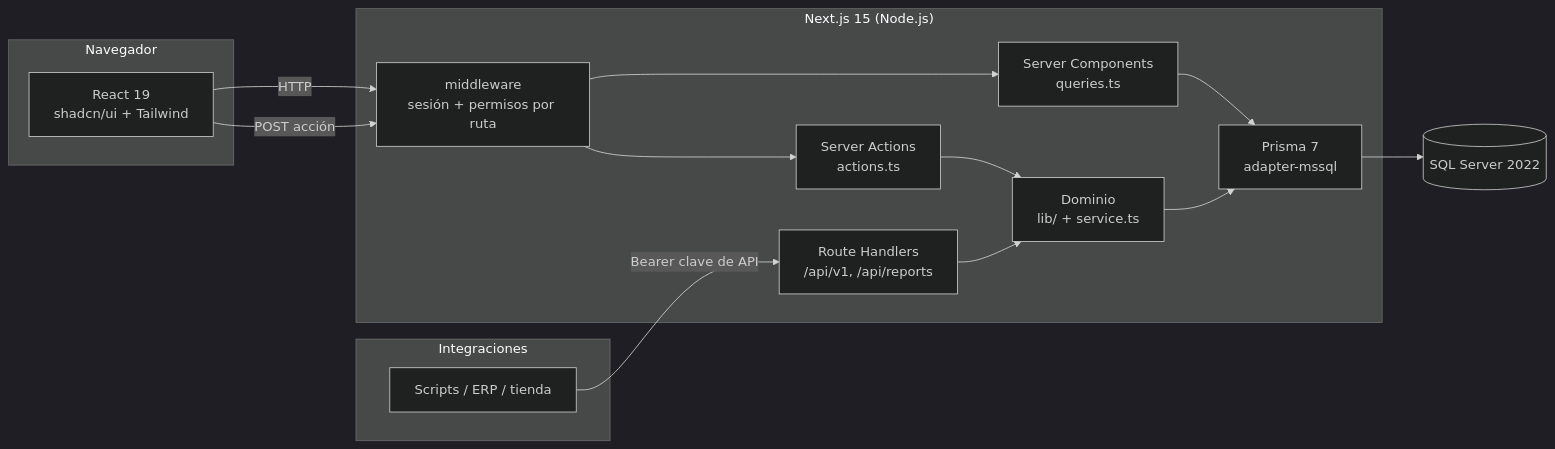
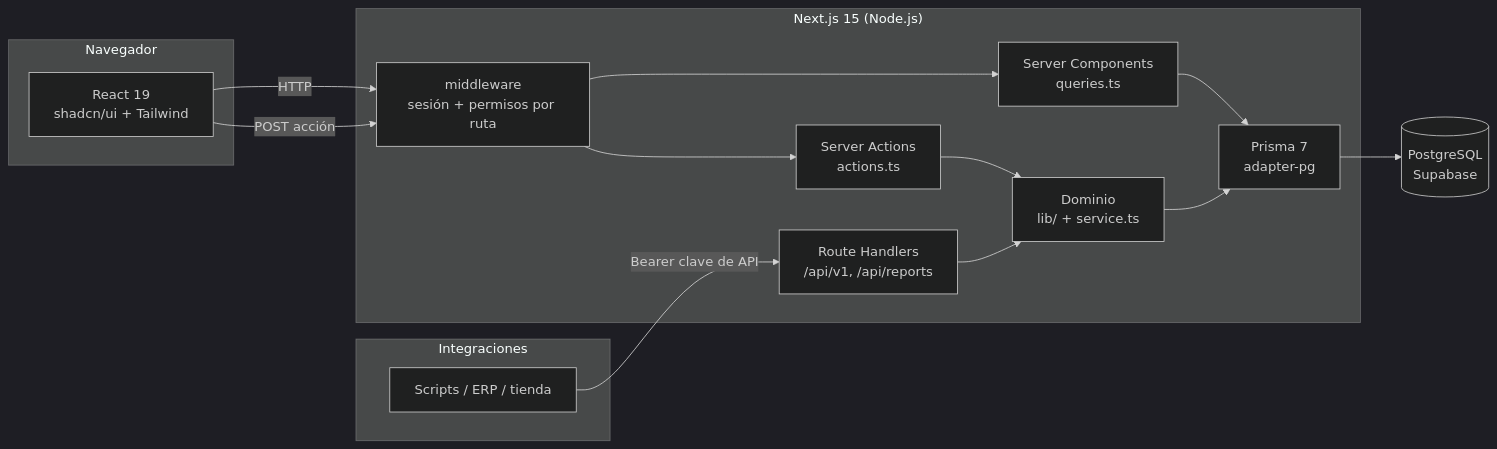
Before and after one commit to blowerlol355-blip/invetario-project-: the diagram in docs/ARCHITECTURE.md, drawn with Mermaid (dark theme). The commit also changed other lines of this file and 42 other files, not shown here.

First line of the commit message:
feat(db): migrar de SQL Server a PostgreSQL y desplegar con Supabase

````diff
--- a/docs/ARCHITECTURE.md
+++ b/docs/ARCHITECTURE.md
@@ -13,26 +13,26 @@
 ```mermaid
 flowchart LR
     subgraph Cliente["Navegador"]
         UI[React 19<br/>shadcn/ui + Tailwind]
     end
     subgraph Integraciones
         EXT[Scripts / ERP / tienda]
     end
     subgraph Next["Next.js 15 (Node.js)"]
         MW[middleware<br/>sesión + permisos por ruta]
         RSC[Server Components<br/>queries.ts]
         SA[Server Actions<br/>actions.ts]
         API[Route Handlers<br/>/api/v1, /api/reports]
         DOM[Dominio<br/>lib/ + service.ts]
-        PR[Prisma 7<br/>adapter-mssql]
+        PR[Prisma 7<br/>adapter-pg]
     end
-    DB[(SQL Server 2022)]
+    DB[(PostgreSQL<br/>Supabase)]
 
     UI -->|HTTP| MW --> RSC
     UI -->|POST acción| MW --> SA
     EXT -->|Bearer clave de API| API
     RSC --> PR
     SA --> DOM --> PR
     API --> DOM
     PR --> DB
 ```
````
